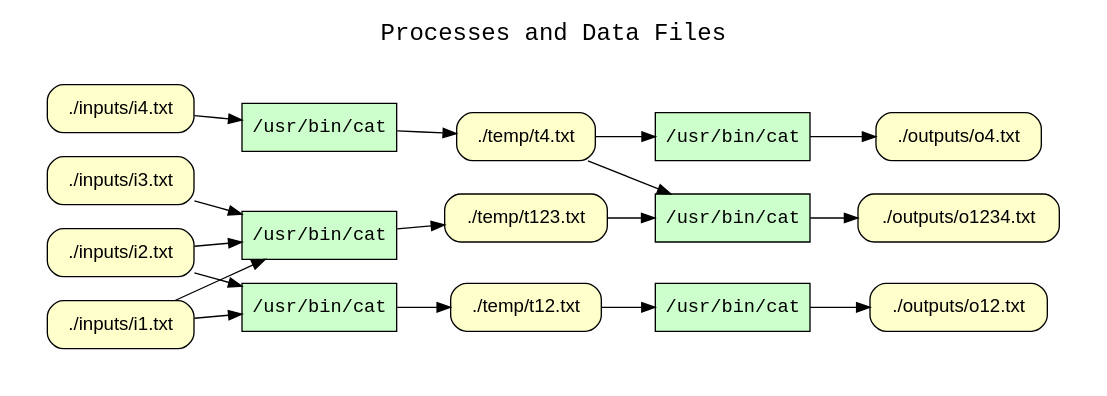
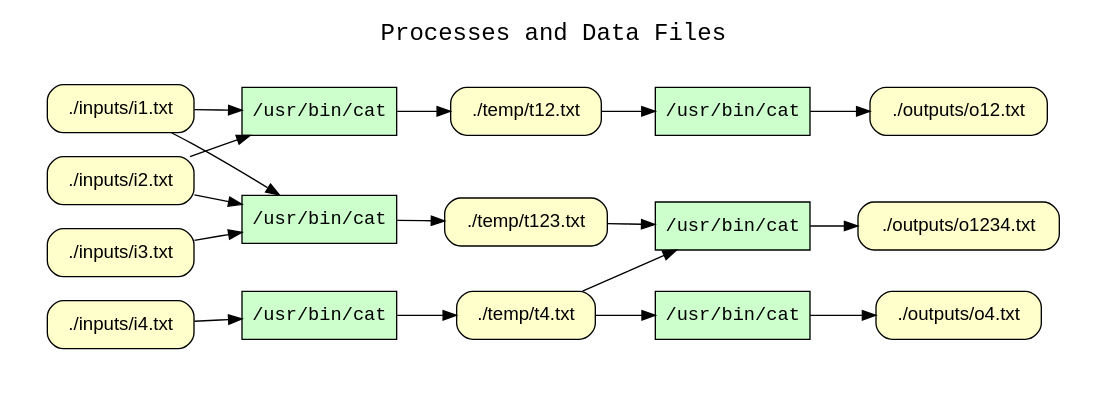
Before and after one commit to CIRSS/cpr: the diagram in examples/08-branched-pipeline/graphs.d/cpr_processes_and_data_files.dot, drawn with Graphviz. The commit also changed other lines of this file and 46 other files, not shown here.

```diff
--- a/examples/08-branched-pipeline/graphs.d/cpr_processes_and_data_files.dot
+++ b/examples/08-branched-pipeline/graphs.d/cpr_processes_and_data_files.dot
@@ -1,43 +1,43 @@
 
 digraph cpr_run {
 rankdir=LR
 fontname=Courier; fontsize=18; labelloc=t
 label="Processes and Data Files"
 subgraph cluster_inputs { label=""; color=white; penwidth=0
 subgraph cluster_inputs_inner { label=""; color=white
 node[shape=box style="filled" fillcolor="#CCFFCC" peripheries=1 fontname=Courier]
 "exe:e7" [label="/usr/bin/cat"]
 "exe:e6" [label="/usr/bin/cat"]
 "exe:e5" [label="/usr/bin/cat"]
 "exe:e4" [label="/usr/bin/cat"]
 "exe:e3" [label="/usr/bin/cat"]
 "exe:e2" [label="/usr/bin/cat"]
 node[shape=box style="rounded,filled" fillcolor="#FFFFCC" peripheries=1 fontname=Helvetica]
+"access:i15" [label="./inputs/i1.txt"]
+"access:i23" [label="./outputs/o4.txt"]
+"access:i16" [label="./inputs/i2.txt"]
+"access:i17" [label="./temp/t123.txt"]
+"access:i18" [label="./inputs/i3.txt"]
 "access:i19" [label="./temp/t4.txt"]
 "access:i20" [label="./inputs/i4.txt"]
 "access:i9" [label="./temp/t12.txt"]
 "access:i21" [label="./outputs/o12.txt"]
 "access:i22" [label="./outputs/o1234.txt"]
-"access:i15" [label="./inputs/i1.txt"]
-"access:i23" [label="./outputs/o4.txt"]
-"access:i16" [label="./inputs/i2.txt"]
-"access:i17" [label="./temp/t123.txt"]
-"access:i18" [label="./inputs/i3.txt"]
 "exe:e7" -> "access:i23"
 "exe:e6" -> "access:i22"
 "exe:e5" -> "access:i21"
 "exe:e4" -> "access:i19"
 "exe:e3" -> "access:i17"
 "exe:e2" -> "access:i9"
 "access:i19" -> "exe:e7"
 "access:i17" -> "exe:e6"
 "access:i19" -> "exe:e6"
 "access:i9" -> "exe:e5"
 "access:i20" -> "exe:e4"
 "access:i15" -> "exe:e3"
 "access:i16" -> "exe:e3"
 "access:i18" -> "exe:e3"
 "access:i15" -> "exe:e2"
 "access:i16" -> "exe:e2"
 }}
 }
```
